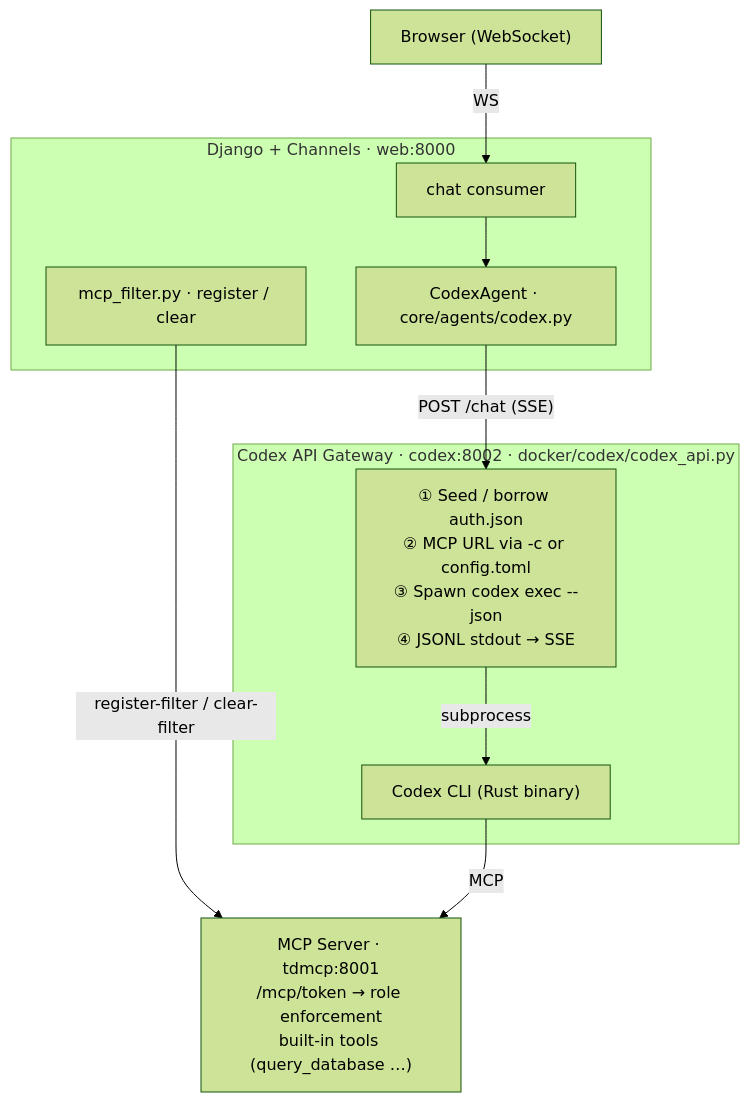
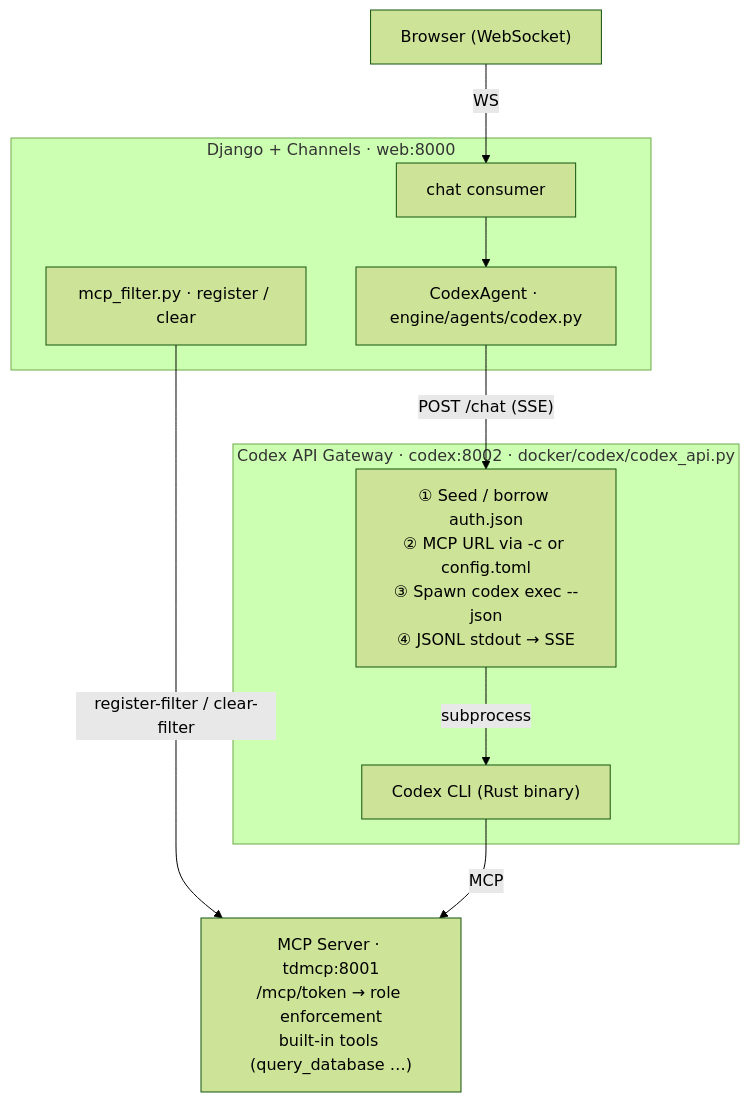
Before and after one commit to mpospirit-apps/TetherDust: the first of 2 diagrams in documentations/TetherDust Documentation/3. Agent Integrations/2. CLI Tool with Auth Token.md, drawn with Mermaid (forest theme). The commit also changed other lines of this file and 341 other files, not shown here.

Commit message:
chore: rename Django apps (core -> engine, portal -> workspace, console -> management)

````diff
--- a/documentations/TetherDust Documentation/3. Agent Integrations/2. CLI Tool with Auth Token.md
+++ b/documentations/TetherDust Documentation/3. Agent Integrations/2. CLI Tool with Auth Token.md
@@ -37,24 +37,24 @@
 ```mermaid
 flowchart TD
     Browser["Browser (WebSocket)"]
 
     subgraph web["Django + Channels · web:8000"]
         Consumer["chat consumer"]
-        Agent["CodexAgent · core/agents/codex.py"]
+        Agent["CodexAgent · engine/agents/codex.py"]
         Filter["mcp_filter.py · register / clear"]
     end
 
     subgraph codex_gw["Codex API Gateway · codex:8002 · docker/codex/codex_api.py"]
         GW["① Seed / borrow auth.json<br/>② MCP URL via -c or config.toml<br/>③ Spawn codex exec --json<br/>④ JSONL stdout → SSE"]
         CLI["Codex CLI (Rust binary)"]
         GW -->|subprocess| CLI
     end
 
     MCP["MCP Server · tdmcp:8001<br/>/mcp/token → role enforcement<br/>built-in tools (query_database …)"]
 
     Browser -->|WS| Consumer
     Consumer --> Agent
     Agent -->|"POST /chat (SSE)"| GW
     Filter -->|"register-filter / clear-filter"| MCP
     CLI -->|MCP| MCP
 ```
````
